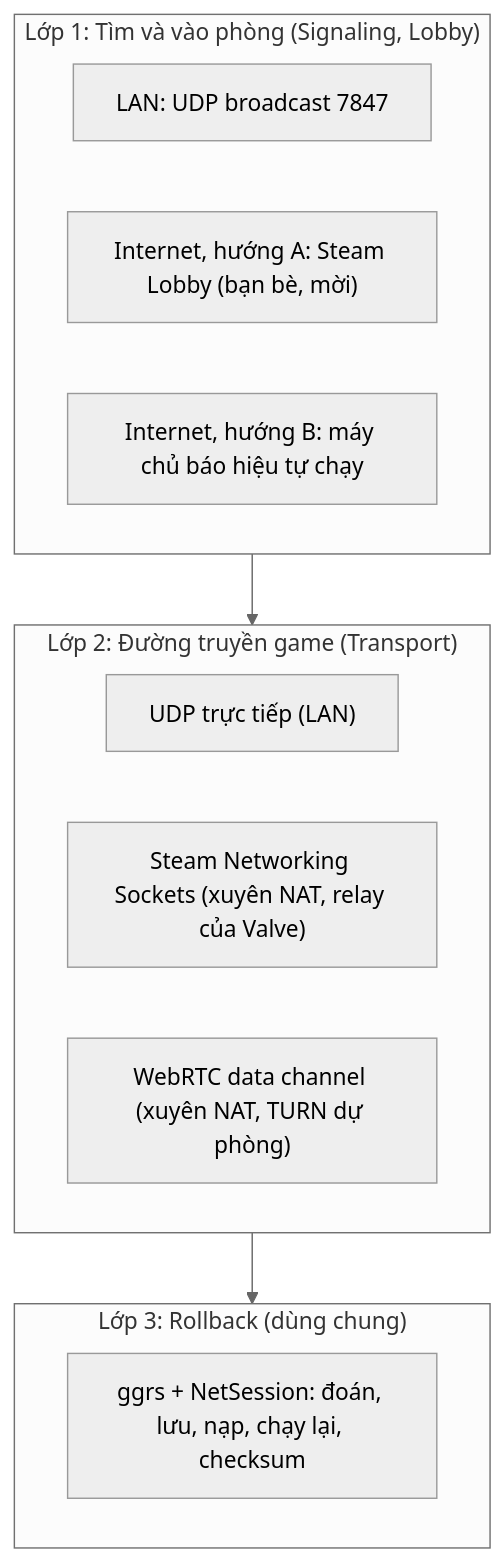
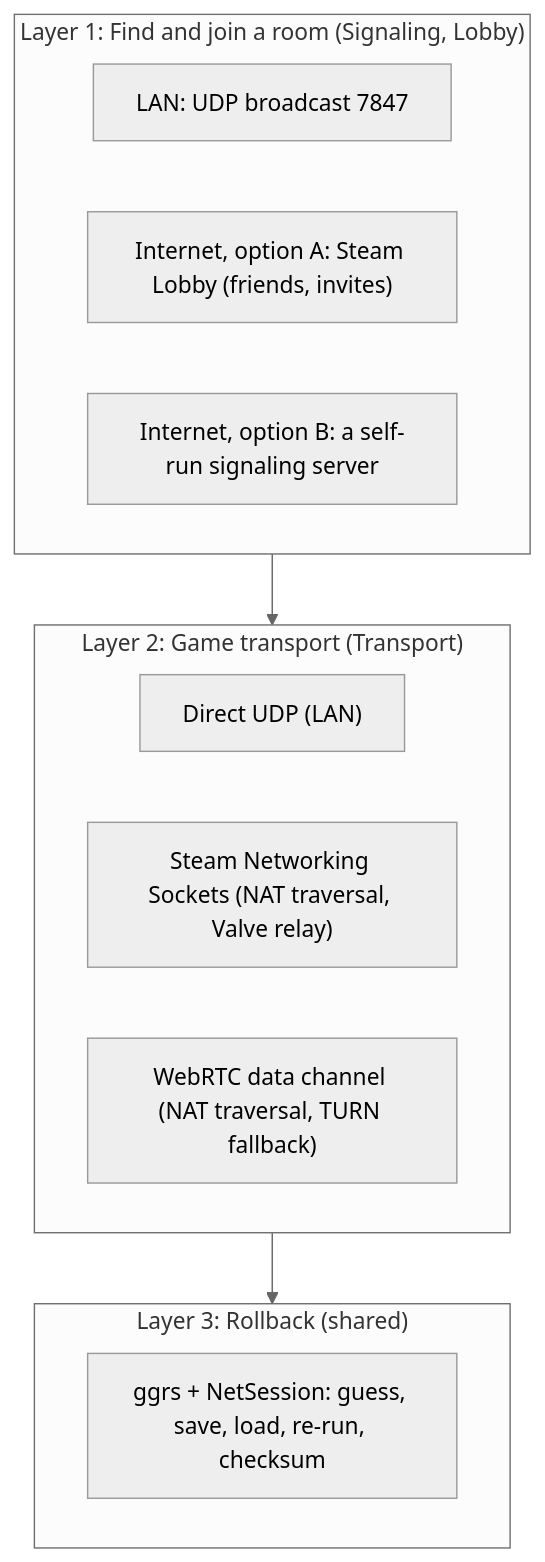
One commit to vunguyenvu35/vuretro changed the ninth of 9 diagrams in docs/NETPLAY.md. Above: the diagram before and after it, drawn with Mermaid (neutral theme). The commit also changed other lines of this file, not shown here.

````diff
--- a/docs/NETPLAY.md
+++ b/docs/NETPLAY.md
@@ -576,19 +577,19 @@
 ```mermaid
 flowchart TB
-  subgraph L1["Lớp 1: Tìm và vào phòng (Signaling, Lobby)"]
+  subgraph L1["Layer 1: Find and join a room (Signaling, Lobby)"]
     direction LR
     A1["LAN: UDP broadcast 7847"]
-    A2["Internet, hướng A: Steam Lobby (bạn bè, mời)"]
-    A3["Internet, hướng B: máy chủ báo hiệu tự chạy"]
+    A2["Internet, option A: Steam Lobby (friends, invites)"]
+    A3["Internet, option B: a self-run signaling server"]
   end
-  subgraph L2["Lớp 2: Đường truyền game (Transport)"]
+  subgraph L2["Layer 2: Game transport (Transport)"]
     direction LR
-    B1["UDP trực tiếp (LAN)"]
-    B2["Steam Networking Sockets (xuyên NAT, relay của Valve)"]
-    B3["WebRTC data channel (xuyên NAT, TURN dự phòng)"]
+    B1["Direct UDP (LAN)"]
+    B2["Steam Networking Sockets (NAT traversal, Valve relay)"]
+    B3["WebRTC data channel (NAT traversal, TURN fallback)"]
   end
-  subgraph L3["Lớp 3: Rollback (dùng chung)"]
-    C1["ggrs + NetSession: đoán, lưu, nạp, chạy lại, checksum"]
+  subgraph L3["Layer 3: Rollback (shared)"]
+    C1["ggrs + NetSession: guess, save, load, re-run, checksum"]
   end
   L1 --> L2 --> L3
 ```
````
